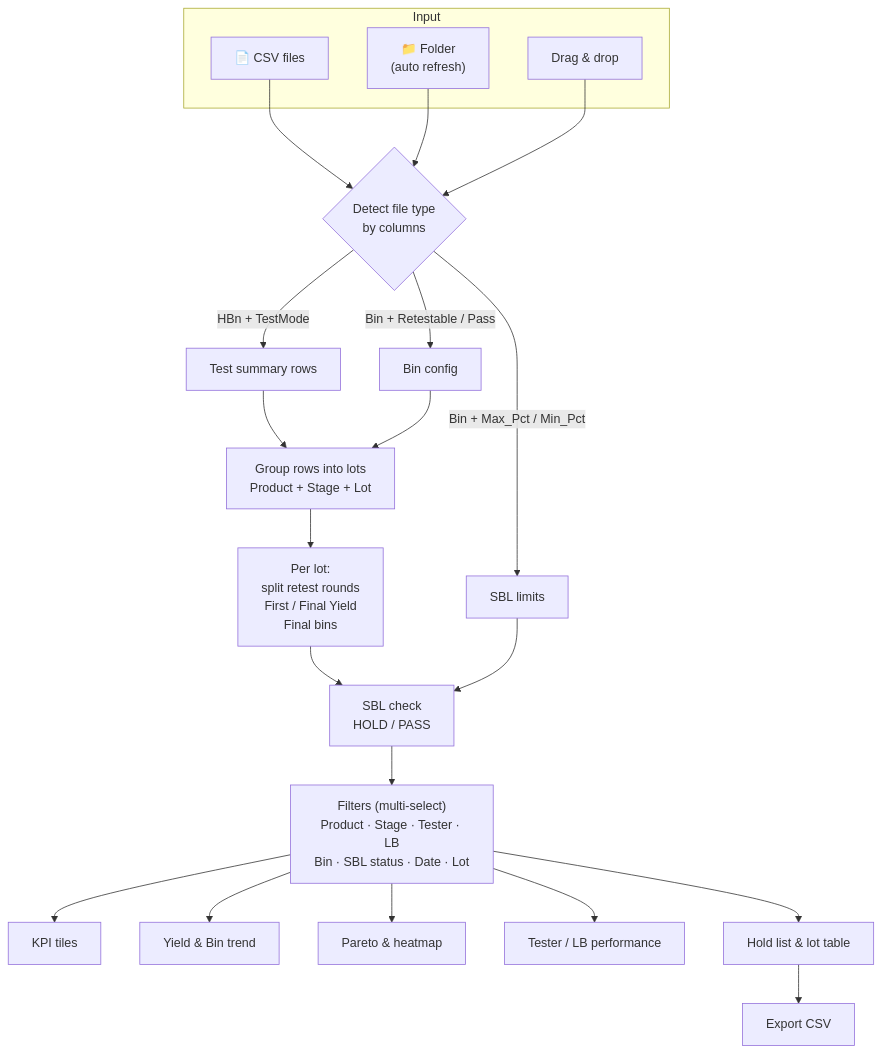
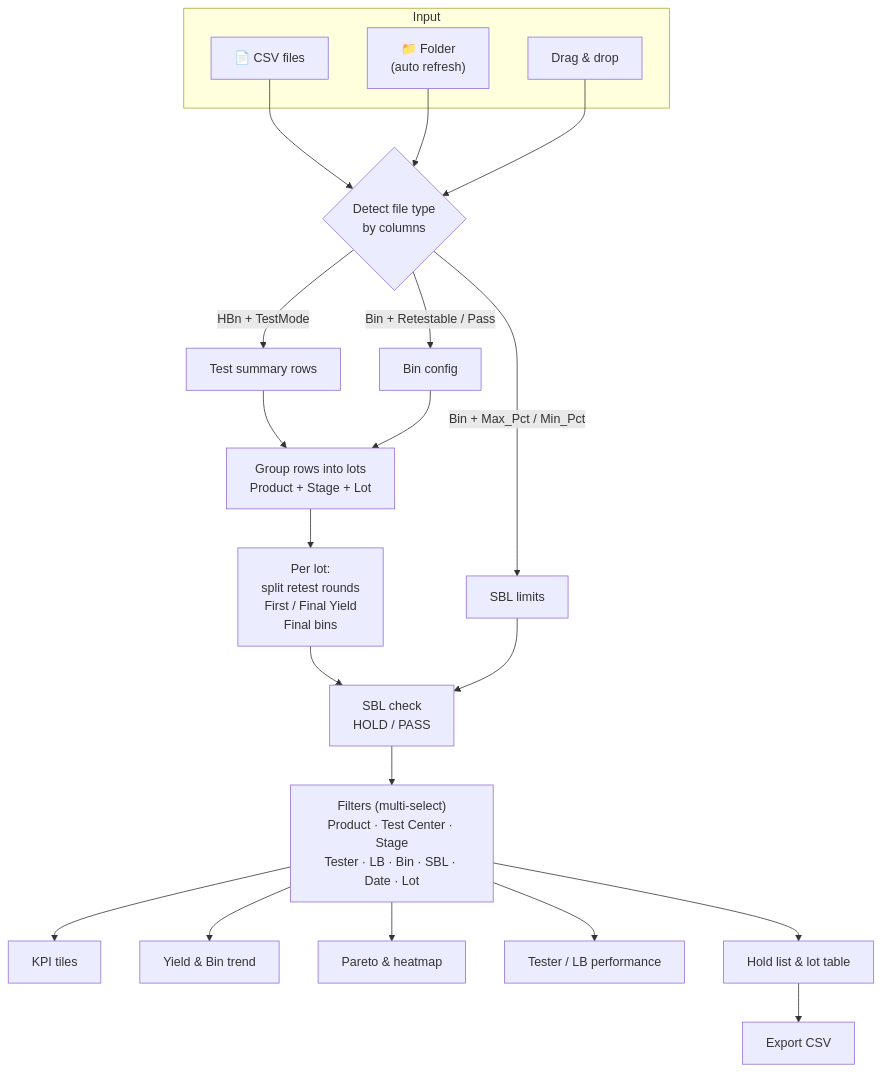
One commit to SinLiongToo/test-summary-trend-sbl changed the first of 5 diagrams in README.md. Above: the diagram before and after it, drawn with Mermaid. The commit also changed other lines of this file and 3 other files, not shown here.

First line of the commit message:
Add Test Center column, filter and compare-by Product / Test Center trends

````diff
--- a/README.md
+++ b/README.md
@@ -131,24 +133,24 @@
 ```mermaid
 flowchart TB
     subgraph IN["Input"]
         A1["📄 CSV files"]
         A2["📁 Folder<br/>(auto refresh)"]
         A3["Drag & drop"]
     end
     A1 & A2 & A3 --> B{"Detect file type<br/>by columns"}
     B -->|"HBn + TestMode"| C1["Test summary rows"]
     B -->|"Bin + Retestable / Pass"| C2["Bin config"]
     B -->|"Bin + Max_Pct / Min_Pct"| C3["SBL limits"]
     C1 --> D["Group rows into lots<br/>Product + Stage + Lot"]
     C2 --> D
     D --> E["Per lot:<br/>split retest rounds<br/>First / Final Yield<br/>Final bins"]
     E --> F["SBL check<br/>HOLD / PASS"]
     C3 --> F
-    F --> G["Filters (multi-select)<br/>Product · Stage · Tester · LB<br/>Bin · SBL status · Date · Lot"]
+    F --> G["Filters (multi-select)<br/>Product · Test Center · Stage<br/>Tester · LB · Bin · SBL · Date · Lot"]
     G --> V1["KPI tiles"]
     G --> V2["Yield & Bin trend"]
     G --> V3["Pareto & heatmap"]
     G --> V4["Tester / LB performance"]
     G --> V5["Hold list & lot table"]
     V5 --> X["Export CSV"]
 ```
````
